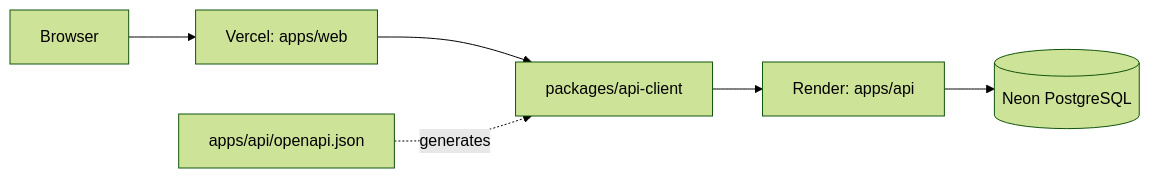
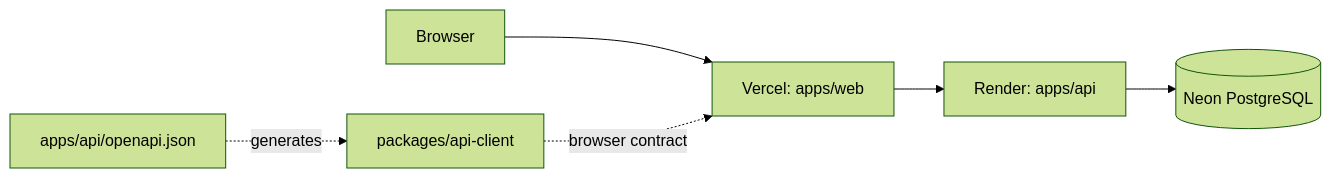
The diagram in docs/ARCHITECTURE.md (acevedo-daniel/parkcore), drawn with Mermaid (forest theme) before and after one commit. The commit also changed other lines of this file and 8 other files, not shown here.

````diff
--- a/docs/ARCHITECTURE.md
+++ b/docs/ARCHITECTURE.md
@@ -7,8 +7,8 @@
 ```mermaid
 flowchart LR
     B[Browser] --> W[Vercel: apps/web]
-    W --> C[packages/api-client]
-    C --> A[Render: apps/api]
+    W --> A[Render: apps/api]
+    C[packages/api-client] -. browser contract .-> W
     A --> D[(Neon PostgreSQL)]
     O[apps/api/openapi.json] -. generates .-> C
 ```
````
